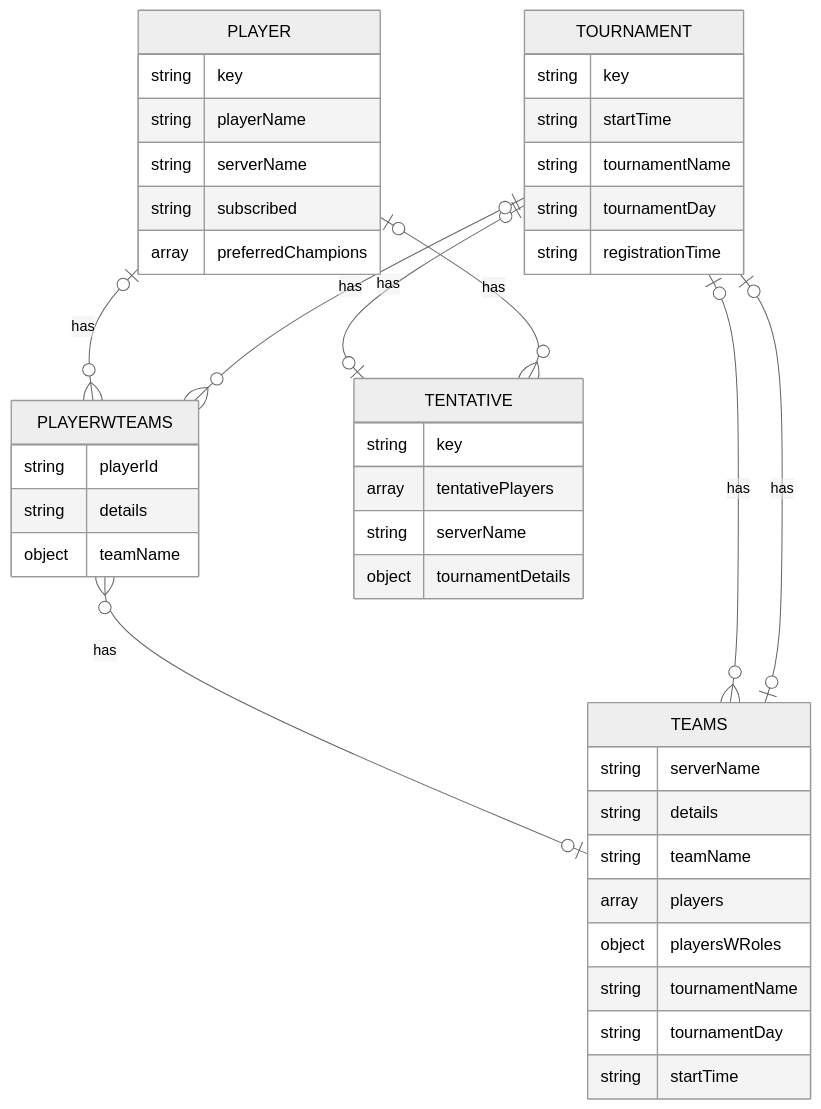
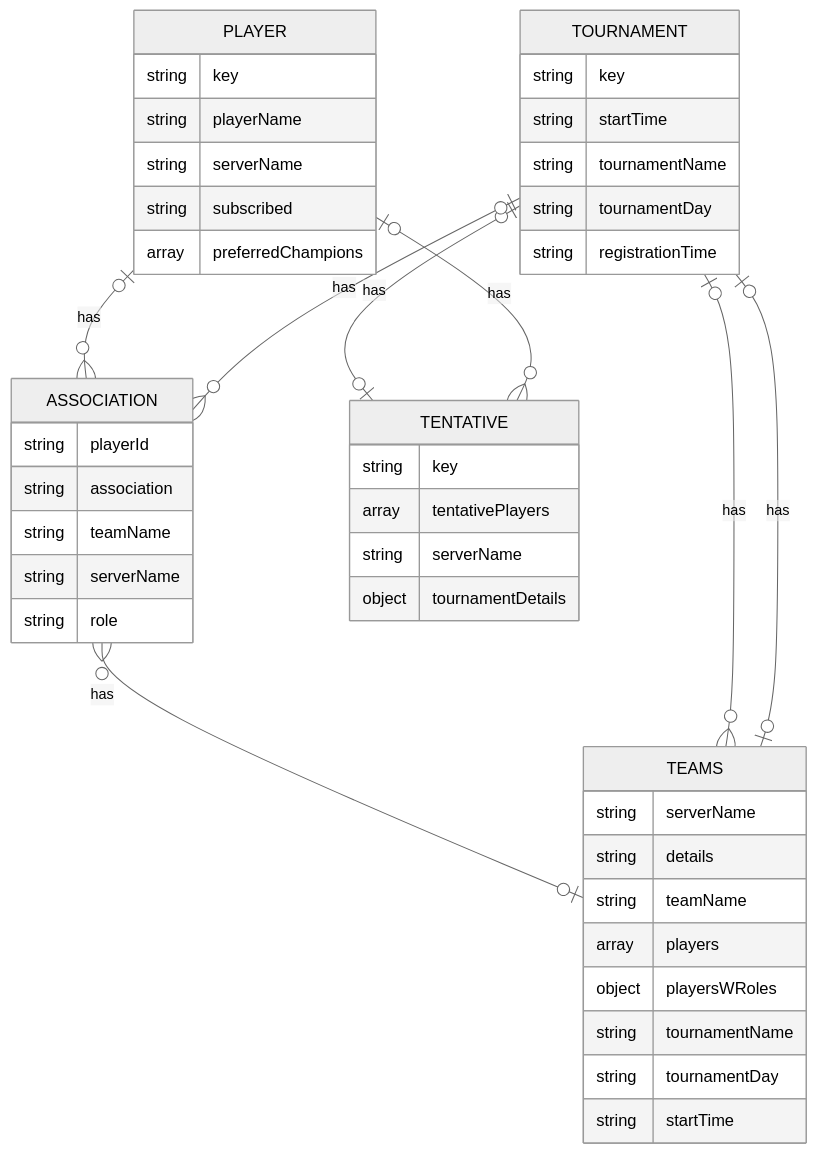
Before and after one commit to Poss111/Clash-Bot-WebApp: the diagram in ClashBot-Service-OpenAPI/README.md, drawn with Mermaid (neutral theme).

Commit message:
- Updating er diagram

````diff
--- a/ClashBot-Service-OpenAPI/README.md
+++ b/ClashBot-Service-OpenAPI/README.md
@@ -6,45 +6,47 @@
 ```mermaid
 erDiagram
     PLAYER {
         string key
         string playerName
         string serverName
         string subscribed
         array preferredChampions
     }
-    PLAYERWTEAMS {
+    ASSOCIATION {
         string playerId
-        string details
-        object teamName
+        string association
+        string teamName
+        string serverName
+        string role
     }
     TEAMS {
         string serverName
         string details
         string teamName
         array players
         object playersWRoles
         string tournamentName
         string tournamentDay
         string startTime
     }
     TOURNAMENT {
         string key
         string startTime
         string tournamentName
         string tournamentDay
         string registrationTime
     }
     TENTATIVE {
         string key
         array tentativePlayers
         string serverName
         object tournamentDetails
     }
-    PLAYER |o--o{ PLAYERWTEAMS: has
-    PLAYERWTEAMS }o--o| TEAMS: has
+    PLAYER |o--o{ ASSOCIATION: has
+    ASSOCIATION }o--o| TEAMS: has
     TOURNAMENT |o--o{ TEAMS: has
     TOURNAMENT |o--o| TENTATIVE: has
     PLAYER |o--o{ TENTATIVE: has
     TOURNAMENT |o--o| TEAMS: has
-    TOURNAMENT |o--o{ PLAYERWTEAMS: has
+    TOURNAMENT |o--o{ ASSOCIATION: has
 ```
````
